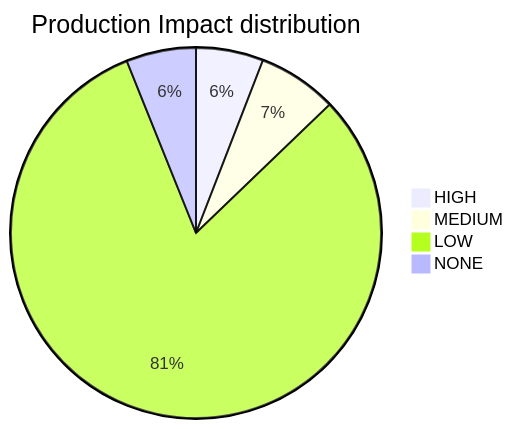
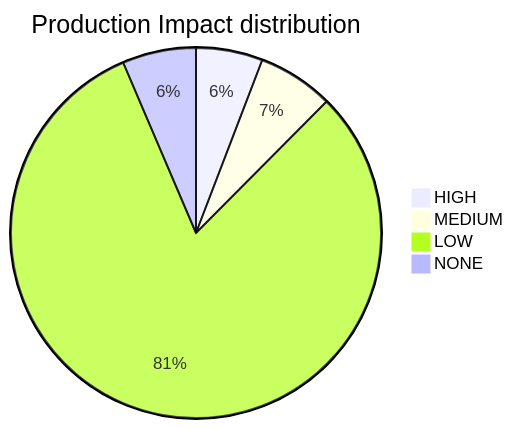
One commit to mikeybeezy/goldenpath-idp-infra changed the diagram in PLATFORM_HEALTH.md. Above: the diagram before and after it, drawn with Mermaid. The commit also changed other lines of this file and 13 other files, not shown here.

````diff
--- a/PLATFORM_HEALTH.md
+++ b/PLATFORM_HEALTH.md
@@ -64,7 +64,7 @@
 ```mermaid
 pie title Production Impact distribution
-    "HIGH" : 28
+    "HIGH" : 29
     "MEDIUM" : 33
-    "LOW" : 386
-    "NONE" : 29
+    "LOW" : 404
+    "NONE" : 32
 ```
````
